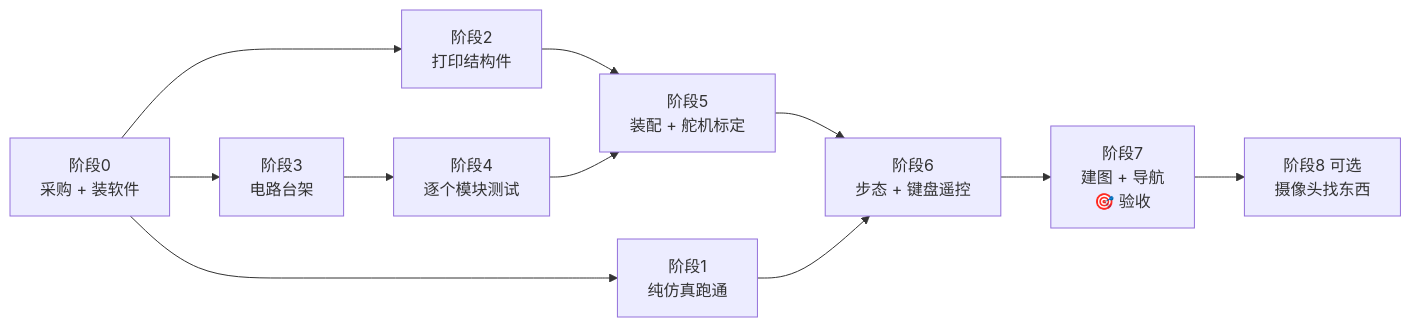
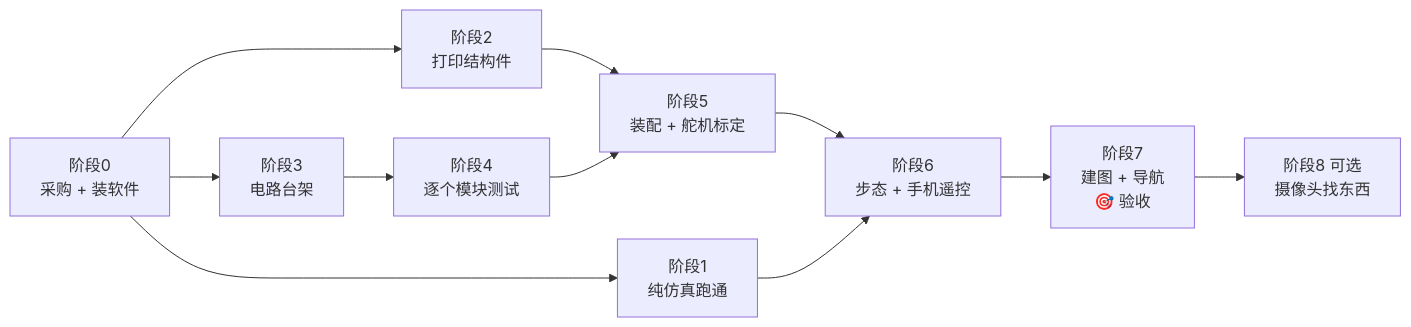
One commit to ouhanjun-wq/ou changed the diagram in hexapod/docs/build-plan.md. Above: the diagram before and after it, drawn with Mermaid. The commit also changed other lines of this file and 11 other files, not shown here.

````diff
--- a/hexapod/docs/build-plan.md
+++ b/hexapod/docs/build-plan.md
@@ -43,13 +43,13 @@
 ```mermaid
 flowchart LR
   P0[阶段0<br/>采购 + 装软件] --> P1[阶段1<br/>纯仿真跑通]
   P0 --> P2[阶段2<br/>打印结构件]
   P0 --> P3[阶段3<br/>电路台架]
   P3 --> P4[阶段4<br/>逐个模块测试]
   P2 --> P5[阶段5<br/>装配 + 舵机标定]
   P4 --> P5
-  P5 --> P6[阶段6<br/>步态 + 键盘遥控]
+  P5 --> P6[阶段6<br/>步态 + 手机遥控]
   P1 --> P6
   P6 --> P7[阶段7<br/>建图 + 导航<br/>🎯 验收]
   P7 --> P8[阶段8 可选<br/>摄像头找东西]
 ```
````
